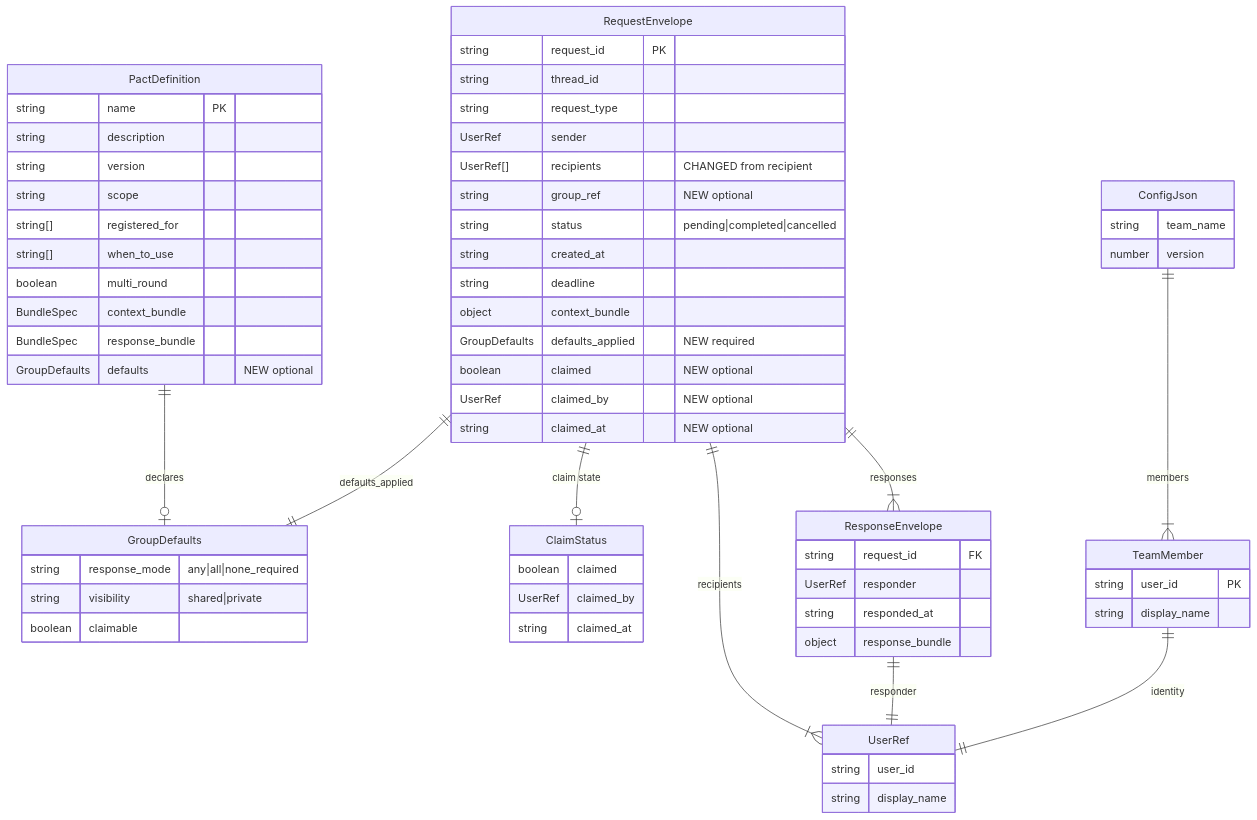
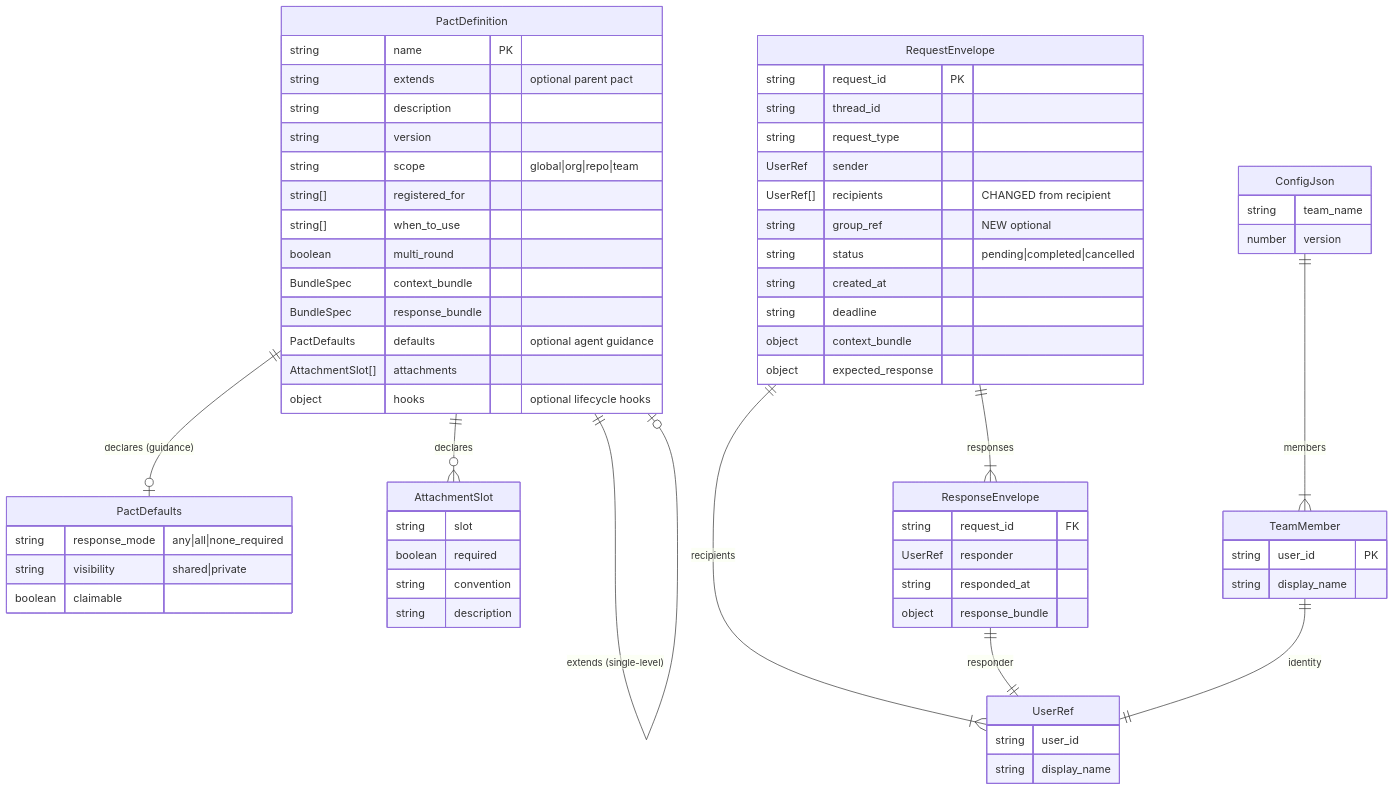
Before and after one commit to snidelycapon/pact: the diagram in docs/feature/pact-fmt/design/data-models.md, drawn with Mermaid. The commit also changed other lines of this file and 141 other files, not shown here.

````diff
--- a/docs/feature/pact-fmt/design/data-models.md
+++ b/docs/feature/pact-fmt/design/data-models.md
@@ -11,75 +12,76 @@
 ```mermaid
 erDiagram
-    PactDefinition ||--o| GroupDefaults : "declares"
-    RequestEnvelope ||--|| GroupDefaults : "defaults_applied"
+    PactDefinition ||--o| PactDefaults : "declares (guidance)"
+    PactDefinition ||--o| PactDefinition : "extends (single-level)"
+    PactDefinition ||--o{ AttachmentSlot : "declares"
     RequestEnvelope ||--|{ UserRef : "recipients"
-    RequestEnvelope ||--o| ClaimStatus : "claim state"
     RequestEnvelope ||--|{ ResponseEnvelope : "responses"
     ResponseEnvelope ||--|| UserRef : "responder"
     ConfigJson ||--|{ TeamMember : "members"
     TeamMember ||--|| UserRef : "identity"
 
     PactDefinition {
         string name PK
+        string extends "optional parent pact"
         string description
         string version
-        string scope
+        string scope "global|org|repo|team"
         string[] registered_for
         string[] when_to_use
         boolean multi_round
         BundleSpec context_bundle
         BundleSpec response_bundle
-        GroupDefaults defaults "NEW optional"
+        PactDefaults defaults "optional agent guidance"
+        AttachmentSlot[] attachments
+        object hooks "optional lifecycle hooks"
     }
 
-    GroupDefaults {
+    PactDefaults {
         string response_mode "any|all|none_required"
         string visibility "shared|private"
         boolean claimable
+    }
+
+    AttachmentSlot {
+        string slot
+        boolean required
+        string convention
+        string description
     }
 
     RequestEnvelope {
         string request_id PK
         string thread_id
         string request_type
         UserRef sender
         UserRef[] recipients "CHANGED from recipient"
         string group_ref "NEW optional"
         string status "pending|completed|cancelled"
         string created_at
         string deadline
         object context_bundle
-        GroupDefaults defaults_applied "NEW required"
-        boolean claimed "NEW optional"
-        UserRef claimed_by "NEW optional"
-        string claimed_at "NEW optional"
+        object expected_response
     }
 
     ResponseEnvelope {
         string request_id FK
         UserRef responder
         string responded_at
         object response_bundle
-    }
-
-    ClaimStatus {
-        boolean claimed
-        UserRef claimed_by
-        string claimed_at
     }
 
     UserRef {
         string user_id
         string display_name
     }
 
     TeamMember {
         string user_id PK
         string display_name
     }
 
     ConfigJson {
         string team_name
         number version
     }
 ```
````
